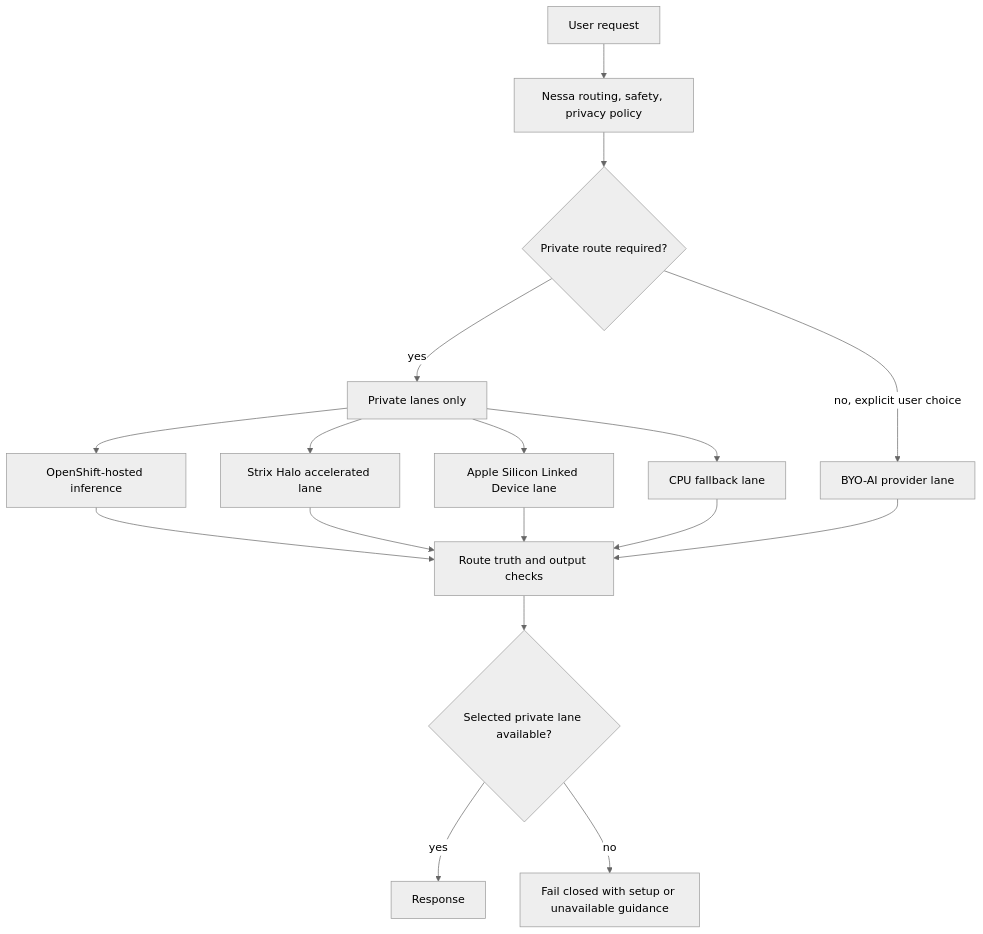
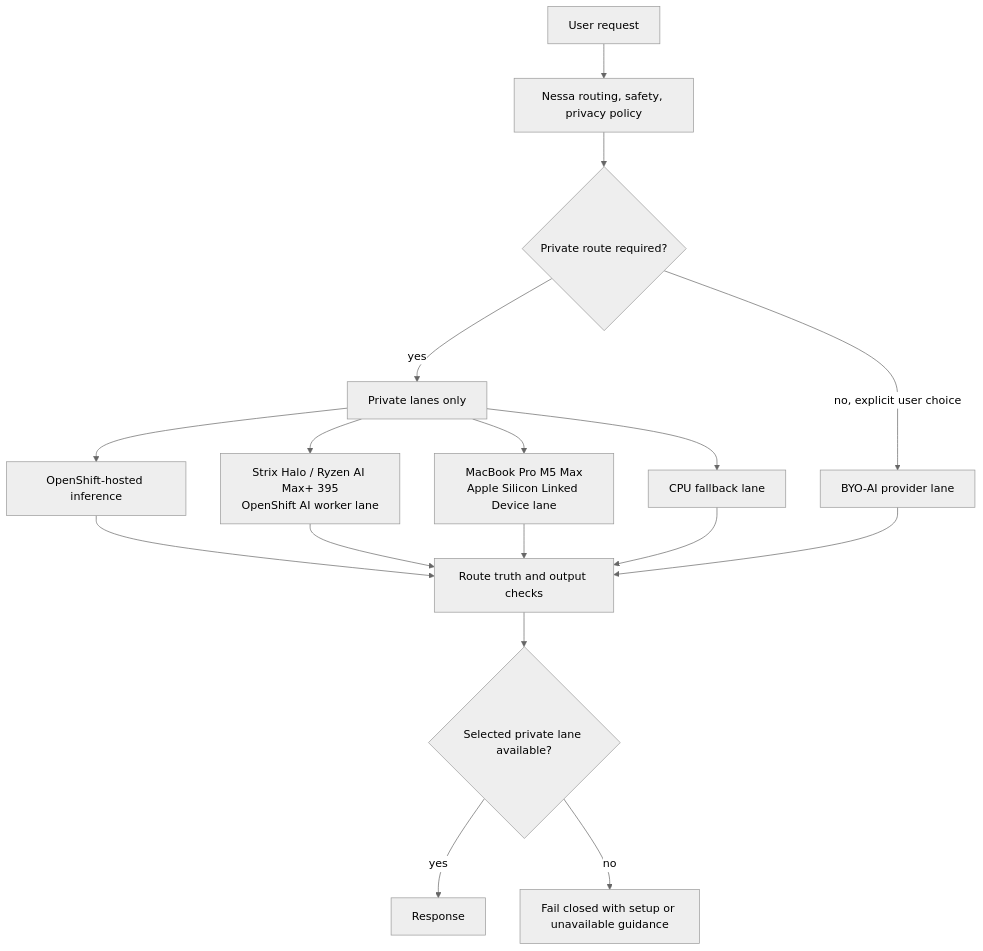
The diagram in docs/diagrams/inference-lanes.md (m1xmstr/core-based-ocp), drawn with Mermaid (neutral theme) before and after one commit. The commit also changed 15 other files, not shown here.

Commit message:
docs: showcase hardware and model lab architecture

````diff
--- a/docs/diagrams/inference-lanes.md
+++ b/docs/diagrams/inference-lanes.md
@@ -5,22 +5,22 @@
 ```mermaid
 flowchart TB
   Request["User request"] --> Policy["Nessa routing, safety, privacy policy"]
   Policy --> PrivateReq{"Private route required?"}
   PrivateReq -->|yes| PrivateLanes["Private lanes only"]
   PrivateReq -->|no, explicit user choice| BYO["BYO-AI provider lane"]
 
   PrivateLanes --> OCP["OpenShift-hosted inference"]
-  PrivateLanes --> Strix["Strix Halo accelerated lane"]
-  PrivateLanes --> Apple["Apple Silicon Linked Device lane"]
+  PrivateLanes --> Strix["Strix Halo / Ryzen AI Max+ 395<br/>OpenShift AI worker lane"]
+  PrivateLanes --> Apple["MacBook Pro M5 Max<br/>Apple Silicon Linked Device lane"]
   PrivateLanes --> CPU["CPU fallback lane"]
 
   OCP --> Gate["Route truth and output checks"]
   Strix --> Gate
   Apple --> Gate
   CPU --> Gate
   BYO --> Gate
 
   Gate --> Available{"Selected private lane available?"}
   Available -->|yes| Response["Response"]
   Available -->|no| Closed["Fail closed with setup or unavailable guidance"]
 ```
````
